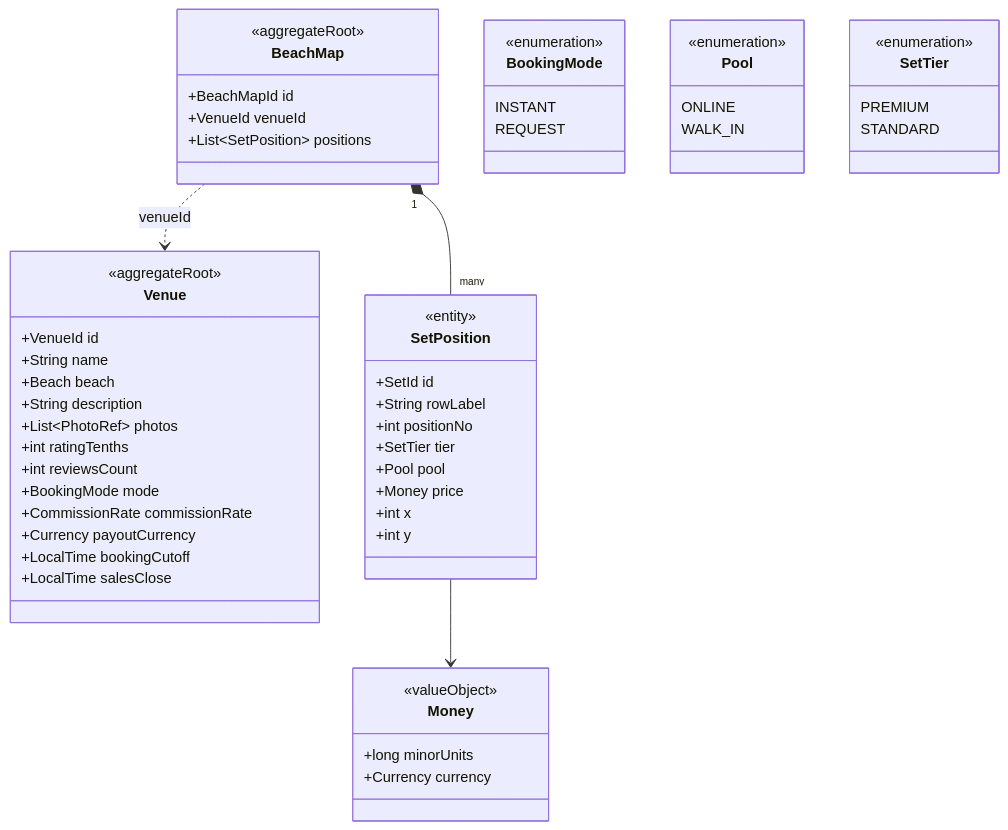
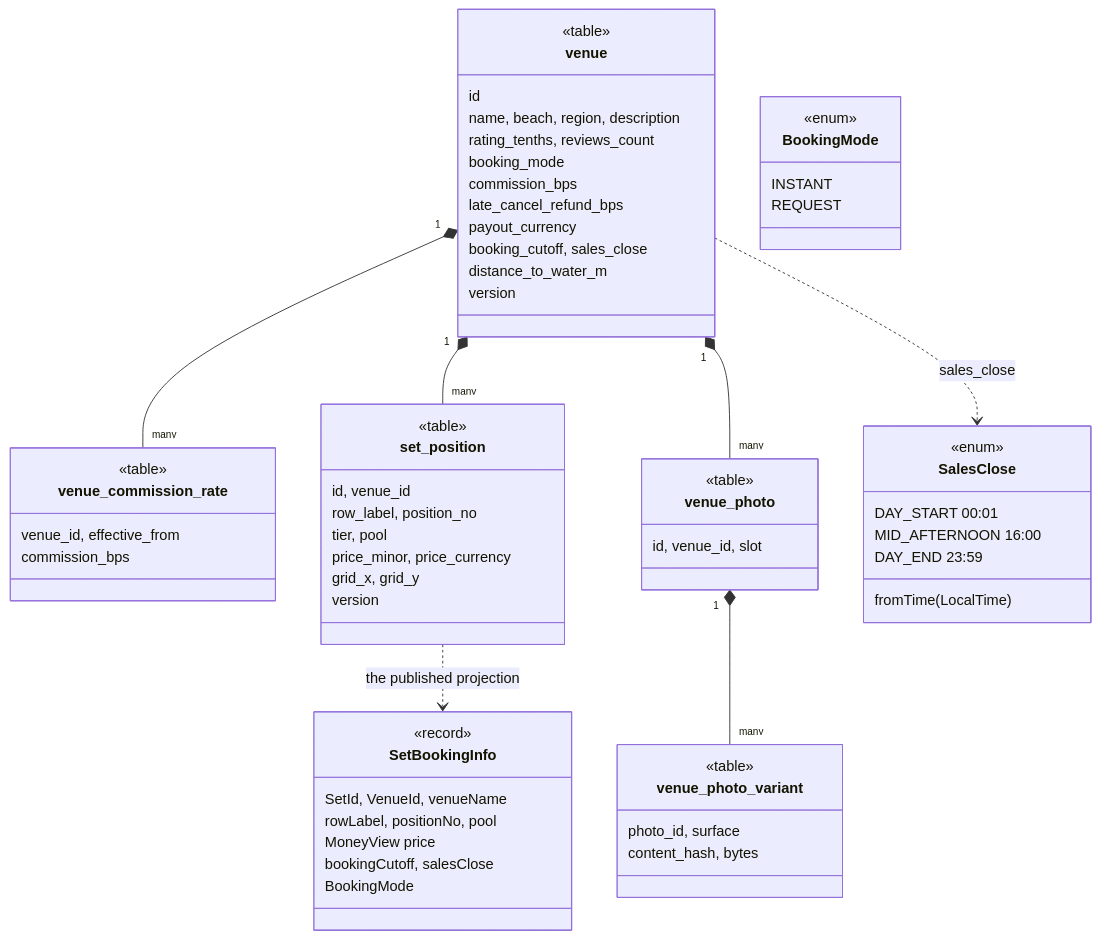
The third of 15 diagrams in docs/architecture/domain-model.md (ivopogace/riviera-sunbed-booking), drawn with Mermaid before and after one commit. The commit also changed other lines of this file and 53 other files, not shown here.

````diff
--- a/docs/architecture/domain-model.md
+++ b/docs/architecture/domain-model.md
@@ -143,58 +178,65 @@
 ```mermaid
 classDiagram
-    class Venue {
-        <<aggregateRoot>>
-        +VenueId id
-        +String name
-        +Beach beach
-        +String description
-        +List~PhotoRef~ photos
-        +int ratingTenths
-        +int reviewsCount
-        +BookingMode mode
-        +CommissionRate commissionRate
-        +Currency payoutCurrency
-        +LocalTime bookingCutoff
-        +LocalTime salesClose
+    class venue {
+        <<table>>
+        id
+        name, beach, region, description
+        rating_tenths, reviews_count
+        booking_mode
+        commission_bps
+        late_cancel_refund_bps
+        payout_currency
+        booking_cutoff, sales_close
+        distance_to_water_m
+        version
     }
-    class BeachMap {
-        <<aggregateRoot>>
-        +BeachMapId id
-        +VenueId venueId
-        +List~SetPosition~ positions
+    class venue_commission_rate {
+        <<table>>
+        venue_id, effective_from
+        commission_bps
     }
-    class SetPosition {
-        <<entity>>
-        +SetId id
-        +String rowLabel
-        +int positionNo
-        +SetTier tier
-        +Pool pool
-        +Money price
-        +int x
-        +int y
+    class set_position {
+        <<table>>
+        id, venue_id
+        row_label, position_no
+        tier, pool
+        price_minor, price_currency
+        grid_x, grid_y
+        version
     }
-    class Money {
-        <<valueObject>>
-        +long minorUnits
-        +Currency currency
+    class venue_photo {
+        <<table>>
+        id, venue_id, slot
+    }
+    class venue_photo_variant {
+        <<table>>
+        photo_id, surface
+        content_hash, bytes
+    }
+    class SalesClose {
+        <<enum>>
+        DAY_START 00:01
+        MID_AFTERNOON 16:00
+        DAY_END 23:59
+        fromTime(LocalTime)
+    }
+    class SetBookingInfo {
+        <<record>>
+        SetId, VenueId, venueName
+        rowLabel, positionNo, pool
+        MoneyView price
+        bookingCutoff, salesClose
+        BookingMode
     }
     class BookingMode {
-        <<enumeration>>
+        <<enum>>
         INSTANT
         REQUEST
     }
-    class Pool {
-        <<enumeration>>
-        ONLINE
-        WALK_IN
-    }
-    class SetTier {
-        <<enumeration>>
-        PREMIUM
-        STANDARD
-    }
-    BeachMap "1" *-- "many" SetPosition
-    SetPosition --> Money
-    BeachMap ..> Venue : venueId
+    venue "1" *-- "many" set_position
+    venue "1" *-- "many" venue_commission_rate
+    venue "1" *-- "many" venue_photo
+    venue_photo "1" *-- "many" venue_photo_variant
+    venue ..> SalesClose : sales_close
+    set_position ..> SetBookingInfo : the published projection
 ```
````
